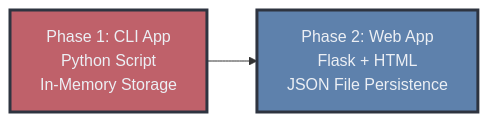
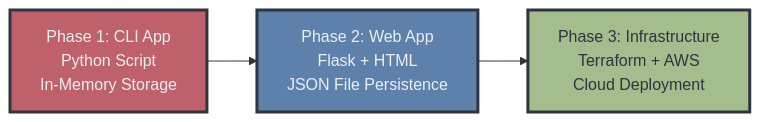
One commit to ArtiomKrits92/Devops_Final_Project changed the diagram in README.md. Above: the diagram before and after it, drawn with Mermaid. The commit also changed other lines of this file, not shown here.

Commit message:
Update README to reflect current project progress through Terraform phase

````diff
--- a/README.md
+++ b/README.md
@@ -60,7 +60,9 @@
 ```mermaid
 graph LR
     A[Phase 1: CLI App<br/>Python Script<br/>In-Memory Storage] --> B[Phase 2: Web App<br/>Flask + HTML<br/>JSON File Persistence]
+    B --> C[Phase 3: Infrastructure<br/>Terraform + AWS<br/>Cloud Deployment]
     
     style A fill:#bf616a,stroke:#2e3440,stroke-width:3px,color:#eceff4
     style B fill:#5e81ac,stroke:#2e3440,stroke-width:3px,color:#eceff4
+    style C fill:#a3be8c,stroke:#2e3440,stroke-width:3px,color:#2e3440
 ```
````
